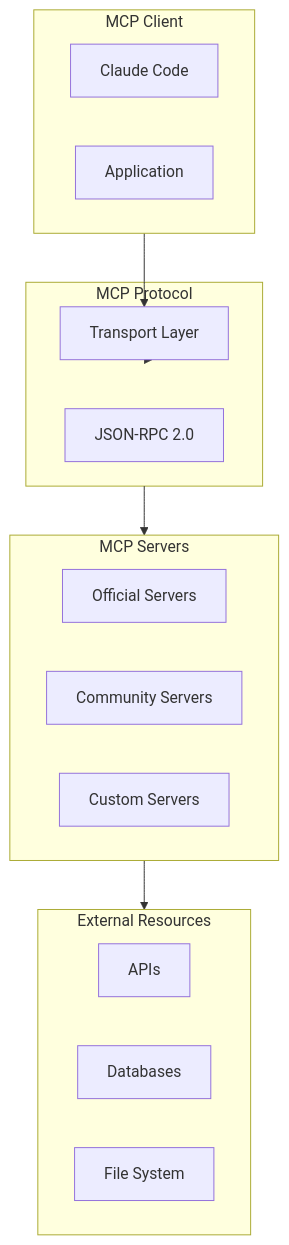
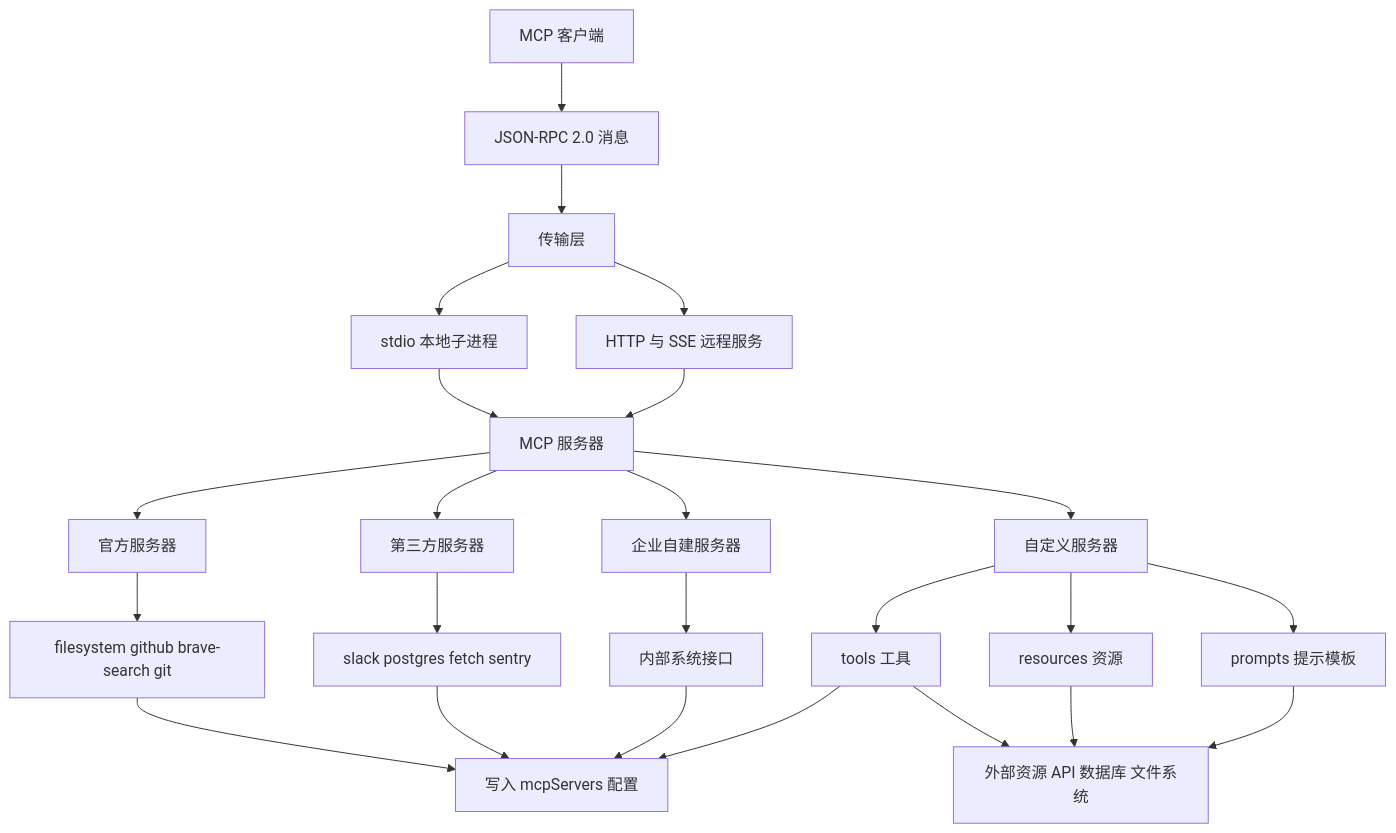
The first of 9 diagrams in docs/agent/mcp/mcp-servers-ecosystem.md (Shyu-x/frontend-interview), drawn with Mermaid before and after one commit. The commit also changed other lines of this file and 58 other files, not shown here.

````diff
--- a/docs/agent/mcp/mcp-servers-ecosystem.md
+++ b/docs/agent/mcp/mcp-servers-ecosystem.md
@@ -20,29 +20,26 @@
 ```mermaid
 flowchart TB
-    subgraph Client["MCP Client"]
-        Claude["Claude Code"]
-        App["Application"]
-    end
-    
-    subgraph Protocol["MCP Protocol"]
-        JSONRPC["JSON-RPC 2.0"]
-        Transport["Transport Layer"]
-    end
-    
-    subgraph Servers["MCP Servers"]
-        Official["Official Servers"]
-        Community["Community Servers"]
-        Custom["Custom Servers"]
-    end
-    
-    subgraph Resources["External Resources"]
-        API["APIs"]
-        DB["Databases"]
-        Files["File System"]
-    end
-    
-    Client --> Transport
-    Transport --> Protocol
-    Protocol --> Servers
-    Servers --> Resources
+    A["MCP 客户端"] --> B["JSON-RPC 2.0 消息"]
+    B --> C["传输层"]
+    C --> D["stdio 本地子进程"]
+    C --> E["HTTP 与 SSE 远程服务"]
+    D --> F["MCP 服务器"]
+    E --> F
+    F --> G["官方服务器"]
+    F --> H["第三方服务器"]
+    F --> I["企业自建服务器"]
+    F --> J["自定义服务器"]
+    G --> K["filesystem github brave-search git"]
+    H --> L["slack postgres fetch sentry"]
+    I --> M["内部系统接口"]
+    J --> N["tools 工具"]
+    J --> O["resources 资源"]
+    J --> P["prompts 提示模板"]
+    N --> Q["外部资源 API 数据库 文件系统"]
+    O --> Q
+    P --> Q
+    K --> R["写入 mcpServers 配置"]
+    L --> R
+    M --> R
+    N --> R
 ```
````
